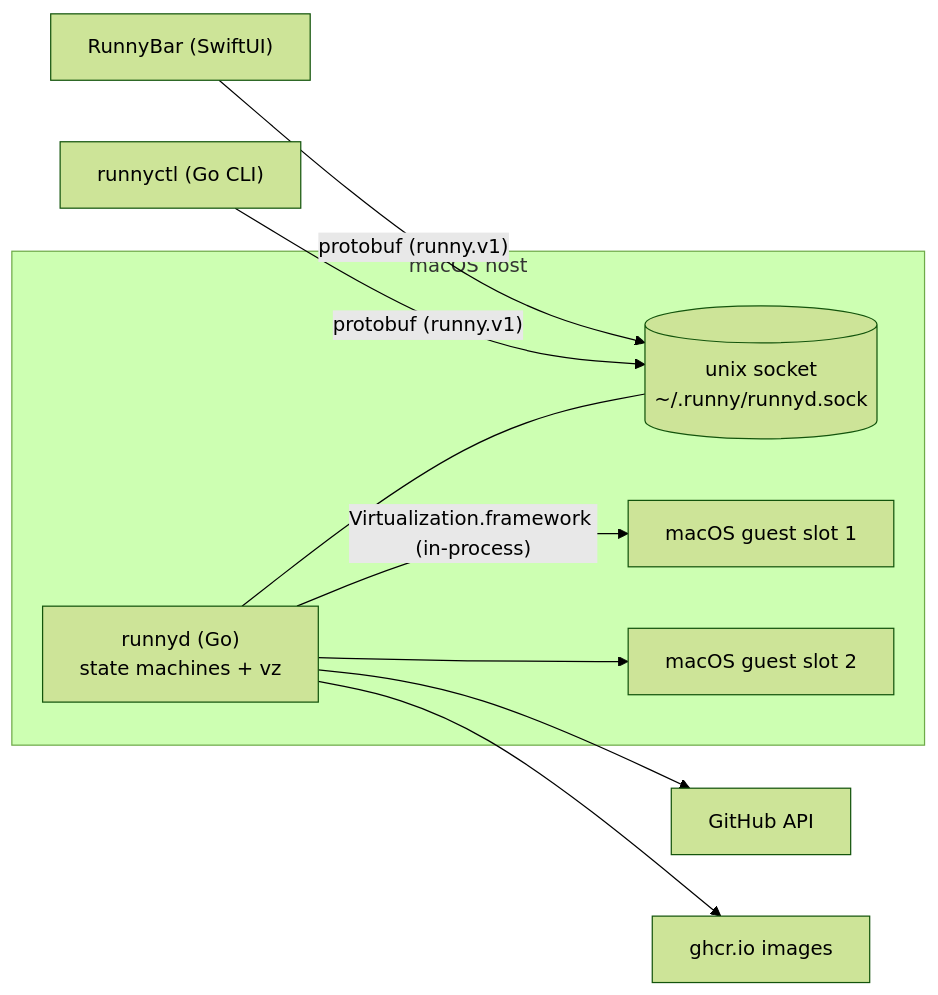
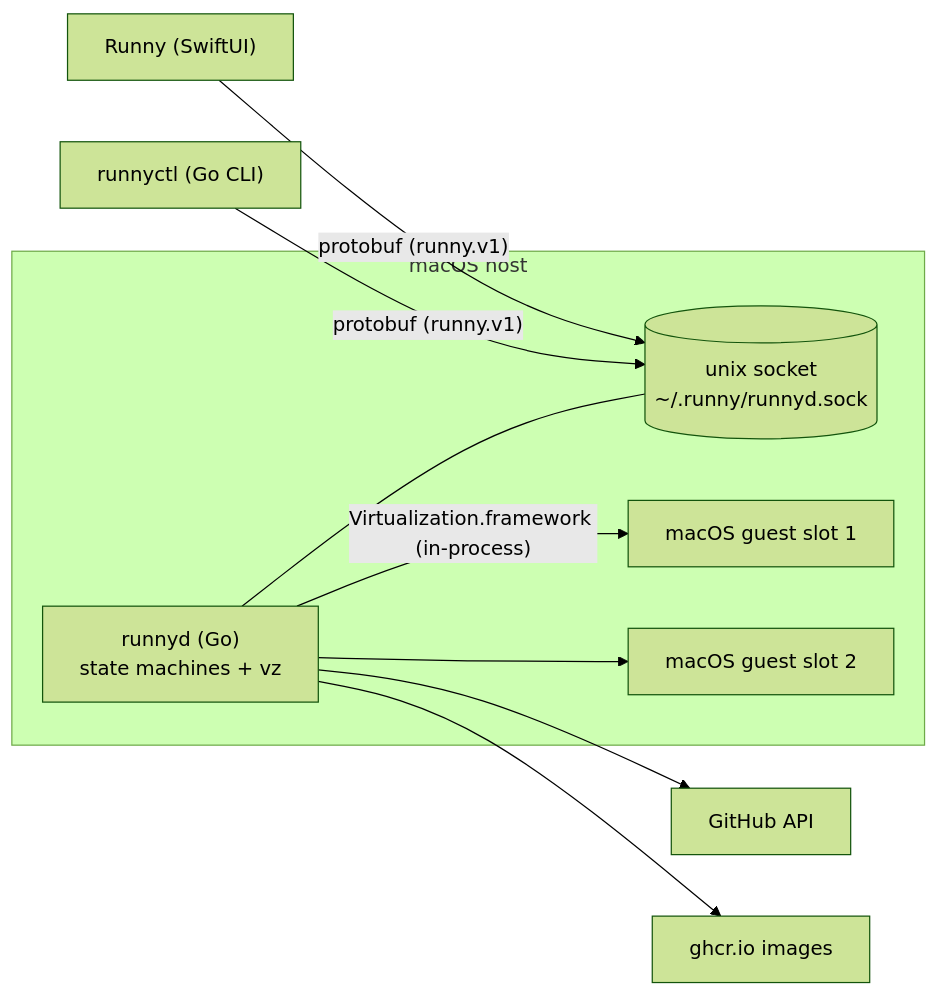
Before and after one commit to bojanrajkovic/runny: the first of 2 diagrams in docs/architecture/runnyd.md, drawn with Mermaid (forest theme). The commit also changed other lines of this file and 52 other files, not shown here.

````diff
--- a/docs/architecture/runnyd.md
+++ b/docs/architecture/runnyd.md
@@ -17,16 +17,16 @@
 ```mermaid
 flowchart LR
     subgraph host["macOS host"]
         runnyd["runnyd (Go)<br/>state machines + vz"]
         sock[("unix socket<br/>~/.runny/runnyd.sock")]
         vm1["macOS guest slot 1"]
         vm2["macOS guest slot 2"]
         runnyd -- "Virtualization.framework (in-process)" --> vm1
         runnyd --> vm2
         runnyd --- sock
     end
     ctl["runnyctl (Go CLI)"] -- "protobuf (runny.v1)" --> sock
-    bar["RunnyBar (SwiftUI)"] -- "protobuf (runny.v1)" --> sock
+    app["Runny (SwiftUI)"] -- "protobuf (runny.v1)" --> sock
     runnyd --> gh["GitHub API"]
     runnyd --> ghcr["ghcr.io images"]
 ```
````
